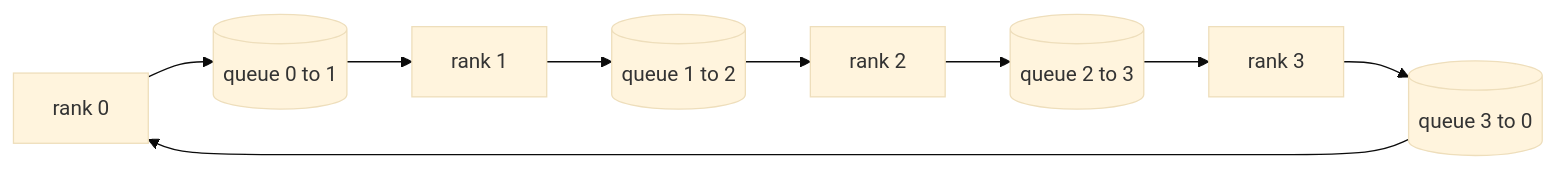
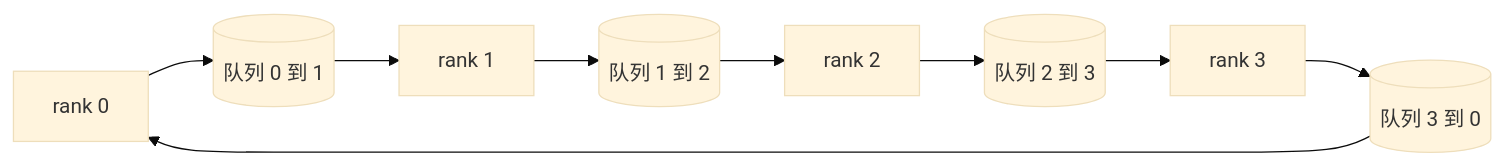
One commit to guangningsun/ailearning changed the diagram in lessons/19-capstone-projects/76-collective-ops-from-scratch/docs/zh.md. Above: the diagram before and after it, drawn with Mermaid (base theme). The commit also changed other lines of this file and 85 other files, not shown here.

````diff
--- a/lessons/19-capstone-projects/76-collective-ops-from-scratch/docs/zh.md
+++ b/lessons/19-capstone-projects/76-collective-ops-from-scratch/docs/zh.md
@@ -25,11 +25,11 @@
 ```mermaid
 flowchart LR
-  R0[rank 0] --> Q01[(queue 0 to 1)]
+  R0[rank 0] --> Q01[(队列 0 到 1)]
   Q01 --> R1[rank 1]
-  R1 --> Q12[(queue 1 to 2)]
+  R1 --> Q12[(队列 1 到 2)]
   Q12 --> R2[rank 2]
-  R2 --> Q23[(queue 2 to 3)]
+  R2 --> Q23[(队列 2 到 3)]
   Q23 --> R3[rank 3]
-  R3 --> Q30[(queue 3 to 0)]
+  R3 --> Q30[(队列 3 到 0)]
   Q30 --> R0
 ```
````
